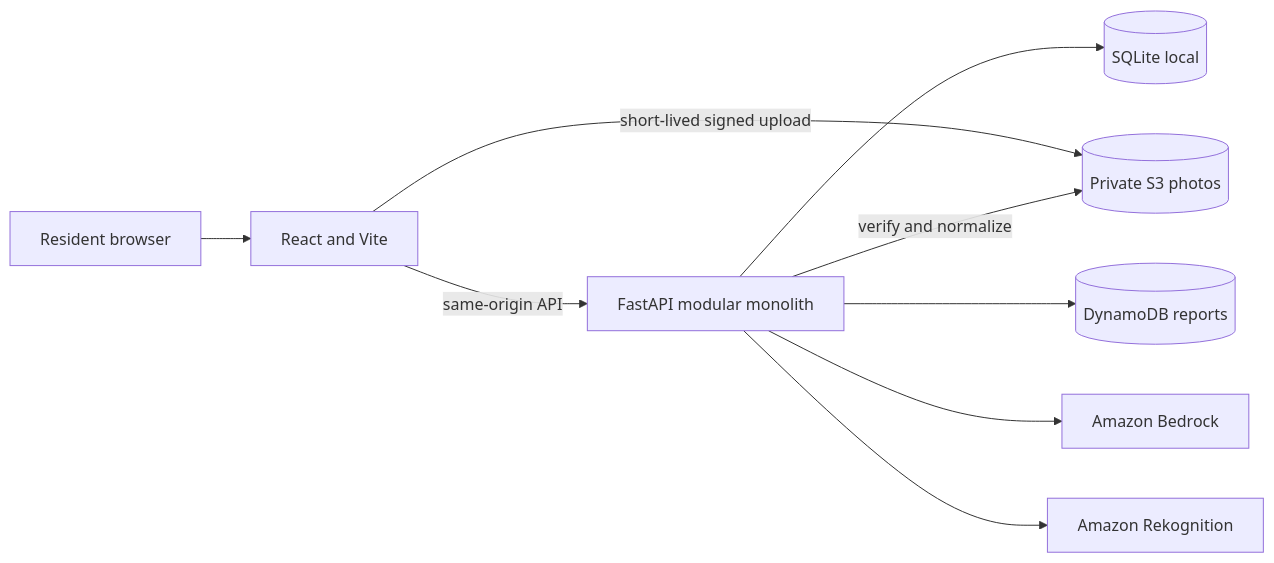
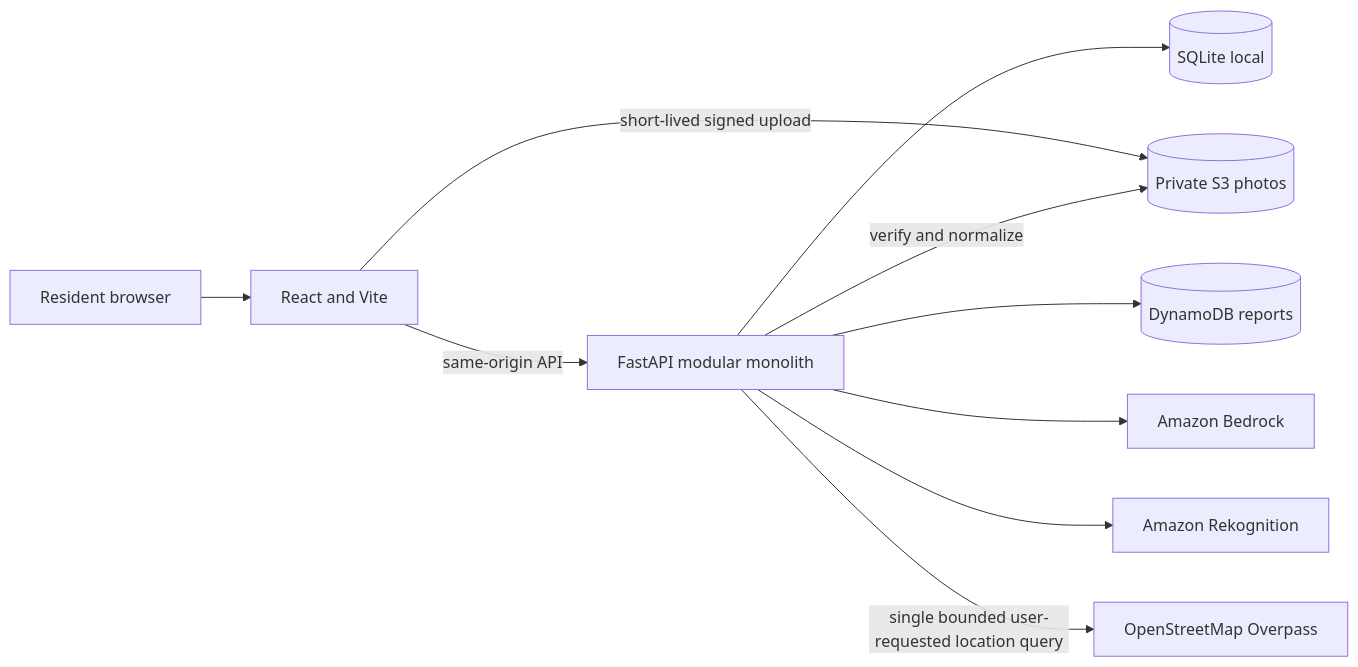
One commit to keyisthelock/wastelens changed the diagram in docs/architecture.md. Above: the diagram before and after it, drawn with Mermaid. The commit also changed other lines of this file and 69 other files, not shown here.

````diff
--- a/docs/architecture.md
+++ b/docs/architecture.md
@@ -3,20 +3,22 @@
 ```mermaid
 flowchart LR
   Resident[Resident browser]
   UI[React and Vite]
   API[FastAPI modular monolith]
   SQLite[(SQLite local)]
   S3[(Private S3 photos)]
   DDB[(DynamoDB reports)]
   Bedrock[Amazon Bedrock]
   Rekognition[Amazon Rekognition]
+  Overpass[OpenStreetMap Overpass]
 
   Resident --> UI
   UI -->|same-origin API| API
   API --> SQLite
   UI -->|short-lived signed upload| S3
   API -->|verify and normalize| S3
   API --> DDB
   API --> Bedrock
   API --> Rekognition
+  API -->|single bounded user-requested location query| Overpass
 ```
````
